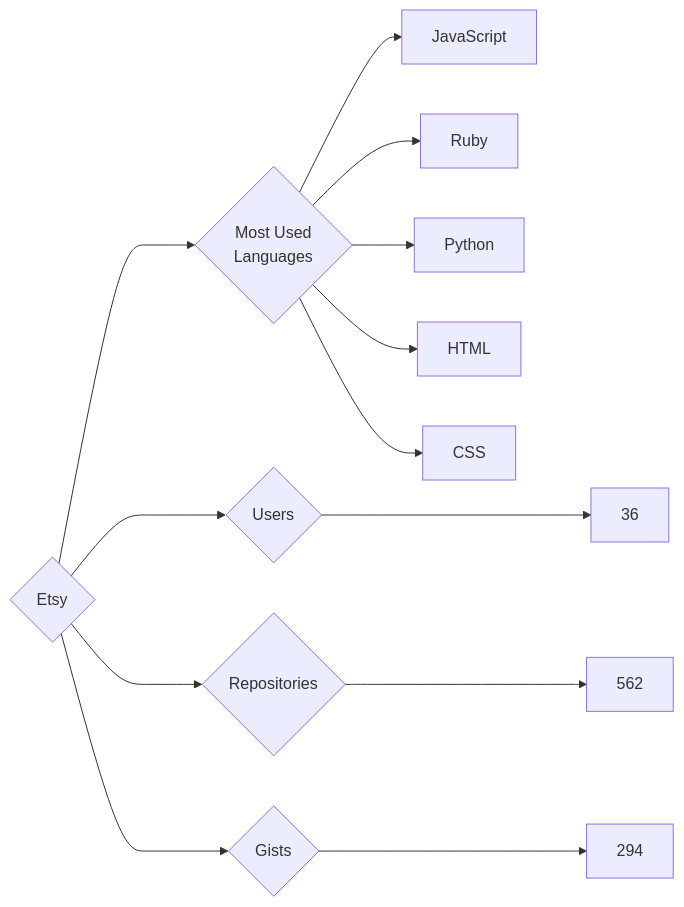
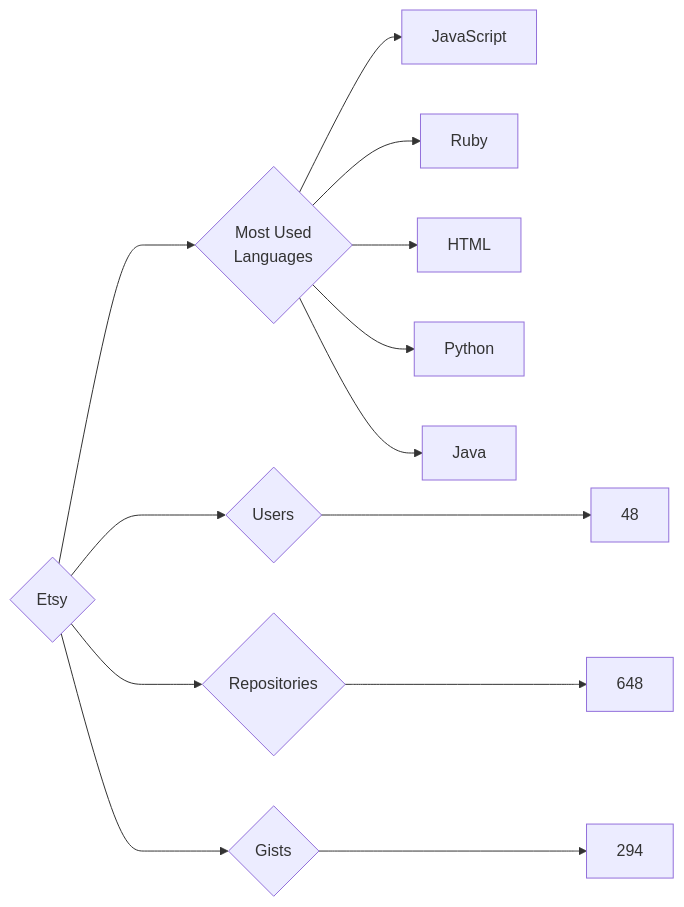
Before and after one commit to trickest/insiders: the diagram in targets/Etsy/README.md, drawn with Mermaid. The commit also changed 874 other files, not shown here.

````diff
--- a/targets/Etsy/README.md
+++ b/targets/Etsy/README.md
@@ -3,13 +3,13 @@
 ```mermaid
 graph LR
 COMPANY_NAME{Etsy}
-COMPANY_NAME ---> U{Users} ---> UN[36]
-COMPANY_NAME ---> R{Repositories} ---> RN[562]
+COMPANY_NAME ---> U{Users} ---> UN[48]
+COMPANY_NAME ---> R{Repositories} ---> RN[648]
 COMPANY_NAME ---> G{Gists} ---> GN[294]
 COMPANY_NAME ---> ML{Most Used<br>Languages}
 ML --> JavaScript[JavaScript]
 ML --> Ruby[Ruby]
+ML --> HTML[HTML]
 ML --> Python[Python]
-ML --> HTML[HTML]
-ML --> CSS[CSS]
+ML --> Java[Java]
 ```
````
